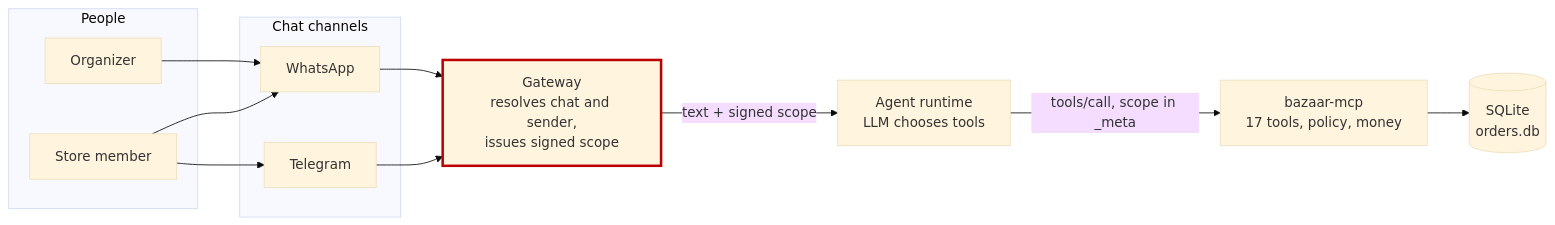
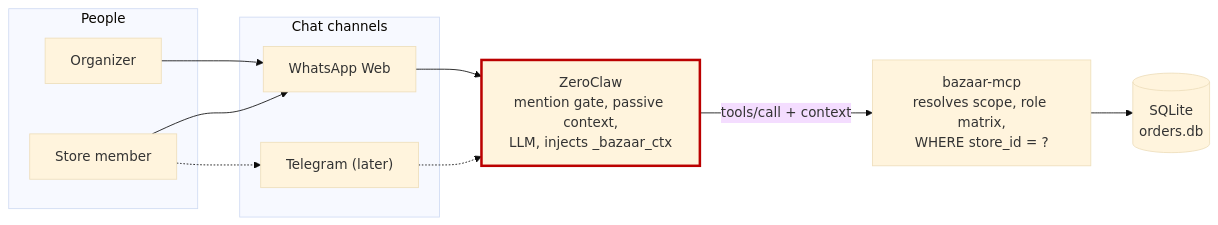
Before and after one commit to danielistyo/mini-bazaar: the first of 3 diagrams in docs/architecture.md, drawn with Mermaid (base theme). The commit also changed other lines of this file and 2 other files, not shown here.

First line of the commit message:
docs: reverse ADR 0001 to keep ZeroClaw as the identity source

````diff
--- a/docs/architecture.md
+++ b/docs/architecture.md
@@ -10,29 +11,27 @@
 ```mermaid
 flowchart LR
     subgraph people["People"]
         ORG["Organizer"]
         SM["Store member"]
     end
 
     subgraph ch["Chat channels"]
-        WA["WhatsApp"]
-        TG["Telegram"]
+        WA["WhatsApp Web"]
+        TG["Telegram (later)"]
     end
 
-    GW["Gateway<br/>resolves chat and sender,<br/>issues signed scope"]
-    AG["Agent runtime<br/>LLM chooses tools"]
-    BE["bazaar-mcp<br/>17 tools, policy, money"]
+    ZC["ZeroClaw<br/>mention gate, passive context,<br/>LLM, injects _bazaar_ctx"]
+    BE["bazaar-mcp<br/>resolves scope, role matrix,<br/>WHERE store_id = ?"]
     DB[("SQLite<br/>orders.db")]
 
     ORG --> WA
     SM --> WA
-    SM --> TG
-    WA --> GW
-    TG --> GW
-    GW -->|"text + signed scope"| AG
-    AG -->|"tools/call, scope in _meta"| BE
+    SM -.-> TG
+    WA --> ZC
+    TG -.-> ZC
+    ZC -->|"tools/call + context"| BE
     BE --> DB
 
-    classDef boundary stroke-width:3px,stroke:#b00
-    class GW boundary
+    classDef anchor stroke-width:3px,stroke:#b00
+    class ZC anchor
 ```
````
